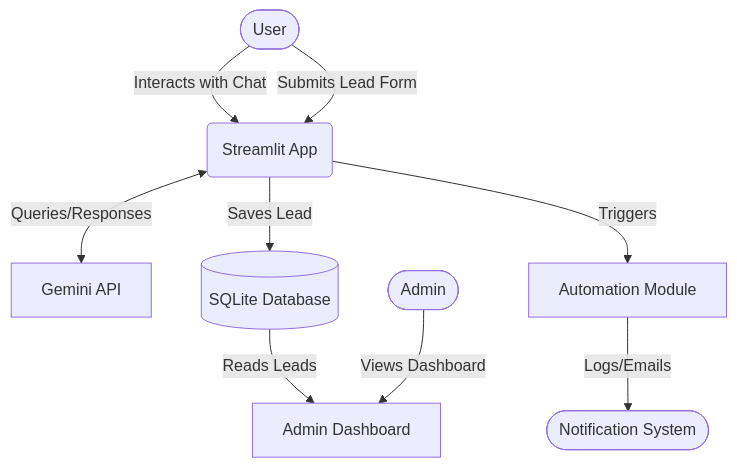
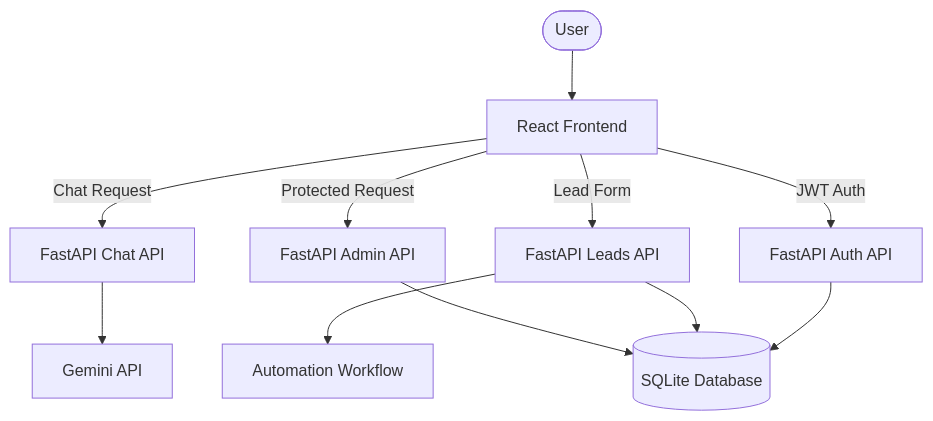
Before and after one commit to PriyanshuKSharma/NexFlow_Assistant: the first of 2 diagrams in README.md, drawn with Mermaid. The commit also changed other lines of this file, not shown here.

````diff
--- a/README.md
+++ b/README.md
@@ -16,14 +18,13 @@
 ```mermaid
 graph TD
-    User([User]) -->|Interacts with Chat| App(Streamlit App)
-    User -->|Submits Lead Form| App
-    
-    App <-->|Queries/Responses| LLM[Gemini API]
-    App -->|Saves Lead| DB[(SQLite Database)]
-    App -->|Triggers| Auto[Automation Module]
-    
-    DB -->|Reads Leads| AdminView[Admin Dashboard]
-    Auto -->|Logs/Emails| Notification([Notification System])
-    
-    Admin([Admin]) -->|Views Dashboard| AdminView
+    User([User]) --> Frontend[React Frontend]
+    Frontend -->|JWT Auth| Auth[FastAPI Auth API]
+    Frontend -->|Chat Request| Chat[FastAPI Chat API]
+    Frontend -->|Lead Form| Leads[FastAPI Leads API]
+    Frontend -->|Protected Request| Admin[FastAPI Admin API]
+    Chat --> Gemini[Gemini API]
+    Leads --> Automation[Automation Workflow]
+    Auth --> DB[(SQLite Database)]
+    Leads --> DB
+    Admin --> DB
 ```
````
